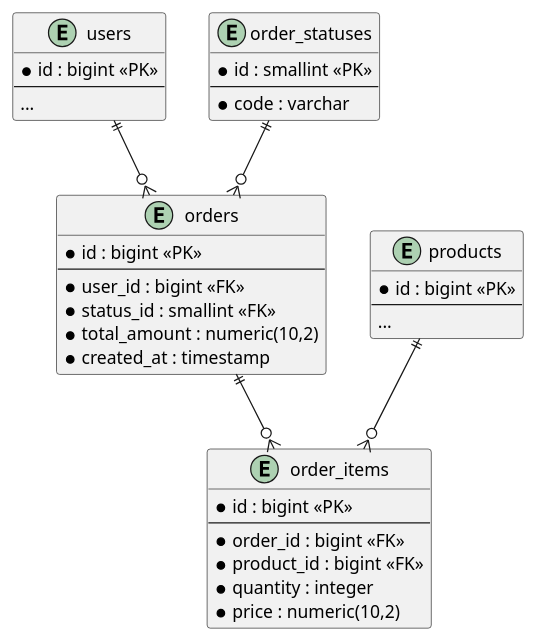
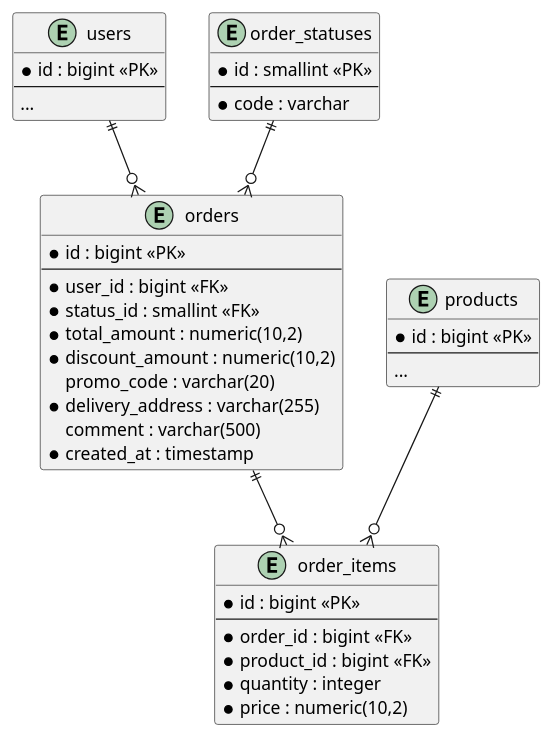
Before and after one commit to reaperxu/documentation: the diagram in docs/db/erd.puml, drawn with PlantUML. The commit also changed 1 other file, not shown here.

```diff
--- a/docs/db/erd.puml
+++ b/docs/db/erd.puml
@@ -2,42 +2,46 @@
 @startuml
 entity "users" as users {
   * id : bigint <<PK>>
   --
   ...
 }
 
 entity "products" as products {
   * id : bigint <<PK>>
   --
   ...
 }
 
 entity "order_statuses" as order_statuses {
   * id : smallint <<PK>>
   --
   * code : varchar
 }
 
 entity "orders" as orders {
   * id : bigint <<PK>>
   --
   * user_id : bigint <<FK>>
   * status_id : smallint <<FK>>
   * total_amount : numeric(10,2)
+  * discount_amount : numeric(10,2)
+  promo_code : varchar(20)
+  * delivery_address : varchar(255)
+  comment : varchar(500)
   * created_at : timestamp
 }
 
 entity "order_items" as order_items {
   * id : bigint <<PK>>
   --
   * order_id : bigint <<FK>>
   * product_id : bigint <<FK>>
   * quantity : integer
   * price : numeric(10,2)
 }
 
 users ||--o{ orders
 order_statuses ||--o{ orders
 orders ||--o{ order_items
 products ||--o{ order_items
 @enduml
```
